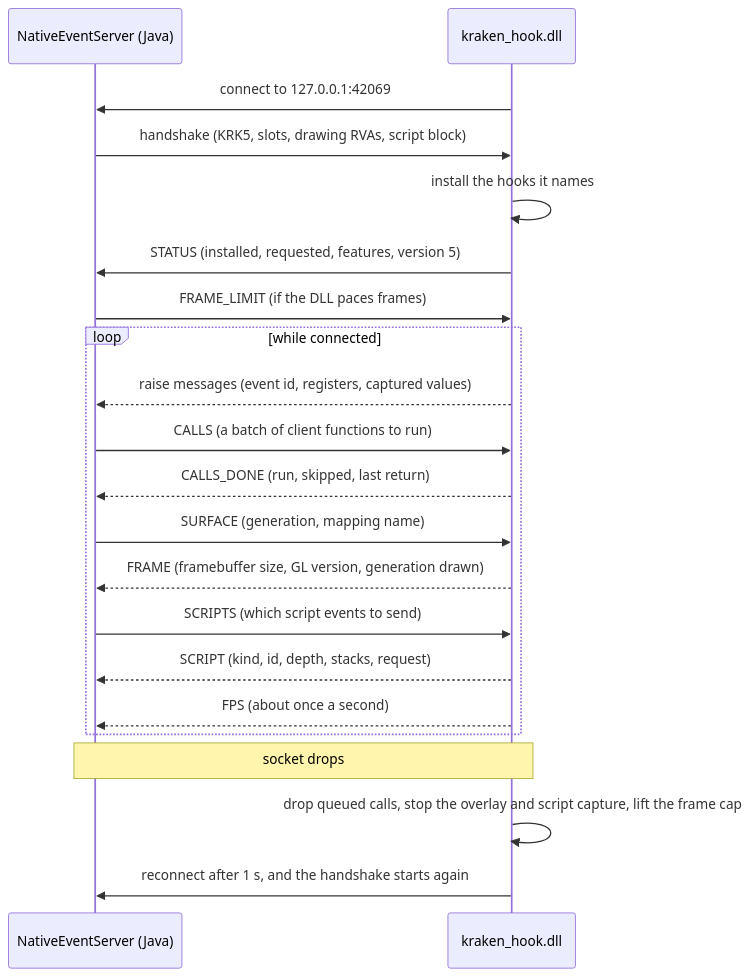
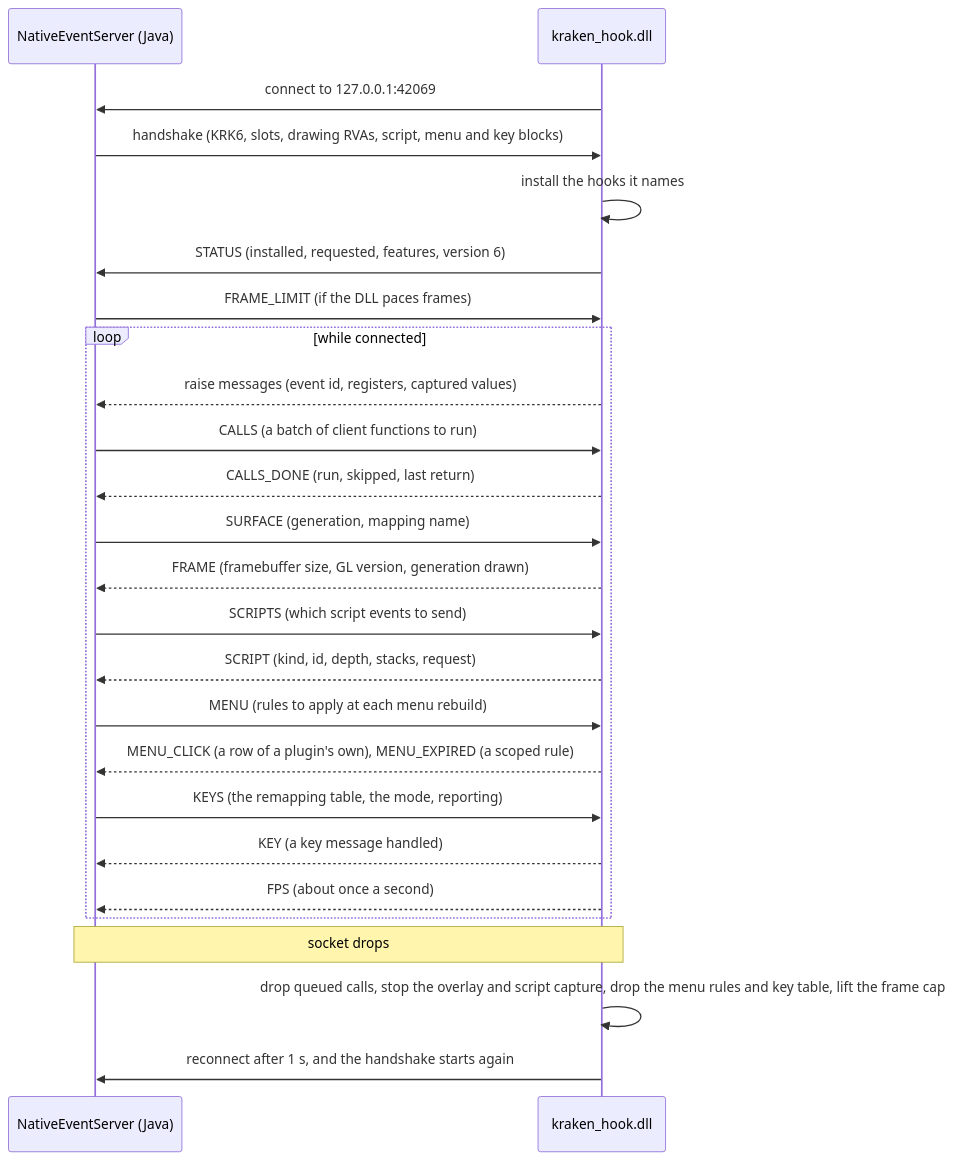
Before and after one commit to Kraken-Plugins/kraken-native: the diagram in docs/developer/native-protocol.md, drawn with Mermaid. The commit also changed other lines of this file and 83 other files, not shown here.

````diff
--- a/docs/developer/native-protocol.md
+++ b/docs/developer/native-protocol.md
@@ -16,23 +16,27 @@
 ```mermaid
 sequenceDiagram
     participant J as NativeEventServer (Java)
     participant D as kraken_hook.dll
     D->>J: connect to 127.0.0.1:42069
-    J->>D: handshake (KRK5, slots, drawing RVAs, script block)
+    J->>D: handshake (KRK6, slots, drawing RVAs, script, menu and key blocks)
     D->>D: install the hooks it names
-    D->>J: STATUS (installed, requested, features, version 5)
+    D->>J: STATUS (installed, requested, features, version 6)
     J->>D: FRAME_LIMIT (if the DLL paces frames)
     loop while connected
         D-->>J: raise messages (event id, registers, captured values)
         J->>D: CALLS (a batch of client functions to run)
         D-->>J: CALLS_DONE (run, skipped, last return)
         J->>D: SURFACE (generation, mapping name)
         D-->>J: FRAME (framebuffer size, GL version, generation drawn)
         J->>D: SCRIPTS (which script events to send)
         D-->>J: SCRIPT (kind, id, depth, stacks, request)
+        J->>D: MENU (rules to apply at each menu rebuild)
+        D-->>J: MENU_CLICK (a row of a plugin's own), MENU_EXPIRED (a scoped rule)
+        J->>D: KEYS (the remapping table, the mode, reporting)
+        D-->>J: KEY (a key message handled)
         D-->>J: FPS (about once a second)
     end
     Note over J,D: socket drops
-    D->>D: drop queued calls, stop the overlay and script capture, lift the frame cap
+    D->>D: drop queued calls, stop the overlay and script capture, drop the menu rules and key table, lift the frame cap
     D->>J: reconnect after 1 s, and the handshake starts again
 ```
````
